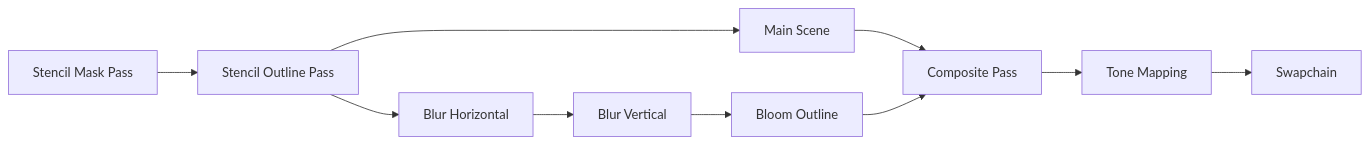
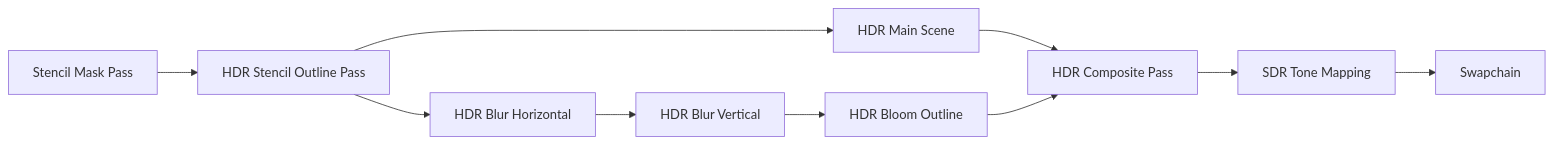
The diagram in README.md (N3xus8/Glow), drawn with Mermaid before and after one commit. The commit also changed other lines of this file, not shown here.

Commit message:
cosmetics readme

````diff
--- a/README.md
+++ b/README.md
@@ -24,20 +32,20 @@
 ```mermaid
 graph LR
-    A[Stencil Mask Pass] --> B[Stencil Outline Pass]
+    A[Stencil Mask Pass] --> B[HDR Stencil Outline Pass]
 
     %% Branch 1: Main Scene
-    B --> C[Main Scene]
+    B --> C[HDR Main Scene]
 
     %% Branch 2: Bloom Outline
-    B --> D[Blur Horizontal]
-    D --> E[Blur Vertical]
-    E --> F[Bloom Outline]
+    B --> D[HDR Blur Horizontal]
+    D --> E[HDR Blur Vertical]
+    E --> F[HDR Bloom Outline]
 
     %% Recombine
-    C --> G[Composite Pass]
+    C --> G[HDR Composite Pass]
     F --> G
 
     %% Final passes
-    G --> H[Tone Mapping]
+    G --> H[SDR Tone Mapping]
     H --> I[Swapchain]
 ```
````
